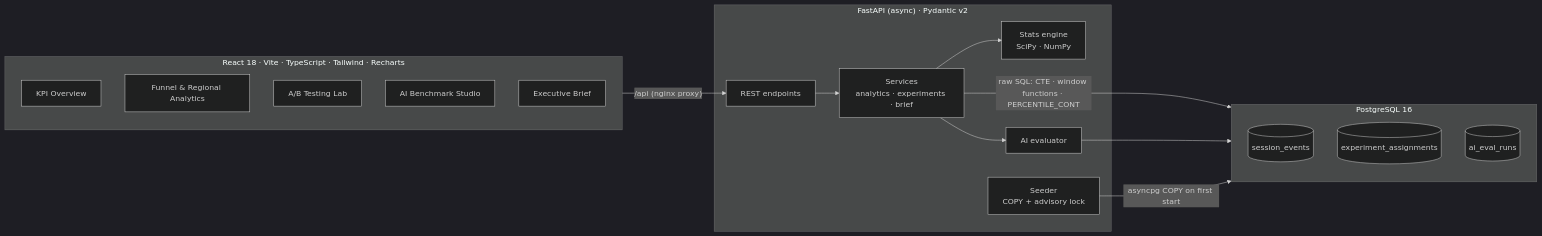
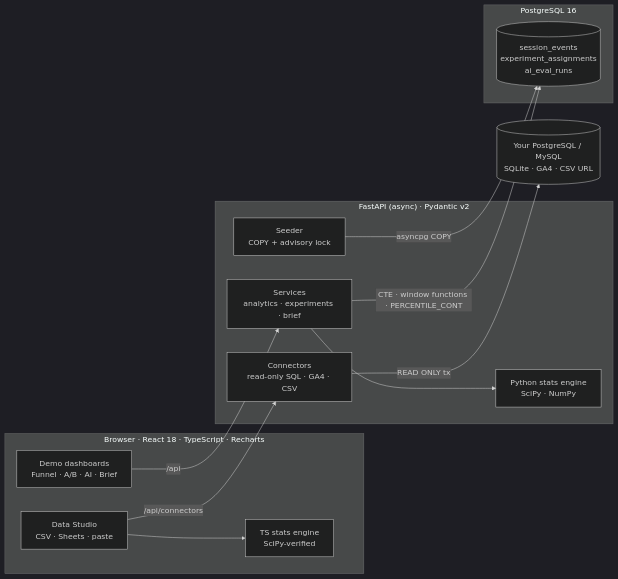
Before and after one commit to yakov-ashgar27/PulsePort-Analytics: the first of 2 diagrams in README.md, drawn with Mermaid (dark theme). The commit also changed other lines of this file and 8 other files, not shown here.

````diff
--- a/README.md
+++ b/README.md
@@ -85,32 +147,29 @@
 ```mermaid
 flowchart LR
-    subgraph Client["React 18 · Vite · TypeScript · Tailwind · Recharts"]
-        K[KPI Overview]
-        F[Funnel & Regional Analytics]
-        AB[A/B Testing Lab]
-        AI[AI Benchmark Studio]
-        EB[Executive Brief]
+    subgraph Browser["Browser · React 18 · TypeScript · Recharts"]
+        DS[Data Studio<br/>CSV · Sheets · paste]
+        TS[TS stats engine<br/>SciPy-verified]
+        DEMO[Demo dashboards<br/>Funnel · A/B · AI · Brief]
+        DS --> TS
     end
 
     subgraph API["FastAPI (async) · Pydantic v2"]
-        R[REST endpoints]
+        CONN[Connectors<br/>read-only SQL · GA4 · CSV]
         SVC[Services<br/>analytics · experiments · brief]
-        STATS[Stats engine<br/>SciPy · NumPy]
-        EVAL[AI evaluator]
+        STATS[Python stats engine<br/>SciPy · NumPy]
         SEED[Seeder<br/>COPY + advisory lock]
     end
 
     subgraph DB["PostgreSQL 16"]
-        T1[(session_events)]
-        T2[(experiment_assignments)]
-        T3[(ai_eval_runs)]
+        T[(session_events<br/>experiment_assignments<br/>ai_eval_runs)]
     end
 
-    Client -- "/api (nginx proxy)" --> R
-    R --> SVC
+    EXT[(Your PostgreSQL / MySQL<br/>SQLite · GA4 · CSV URL)]
+
+    DEMO -- "/api" --> SVC
+    DS -- "/api/connectors" --> CONN
+    CONN -- "READ ONLY tx" --> EXT
     SVC --> STATS
-    SVC --> EVAL
-    SVC -- "raw SQL: CTE · window functions · PERCENTILE_CONT" --> DB
-    EVAL --> DB
-    SEED -- "asyncpg COPY on first start" --> DB
+    SVC -- "CTE · window functions · PERCENTILE_CONT" --> T
+    SEED -- "asyncpg COPY" --> T
 ```
````
